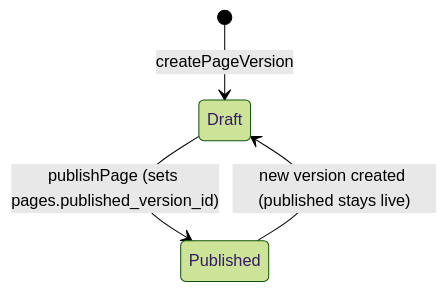
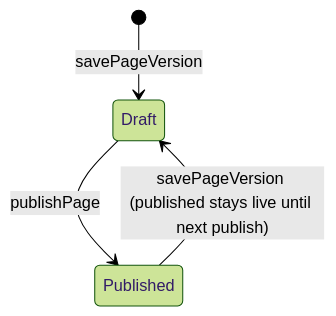
The first of 5 diagrams in docs/planning/coolskool/06-workflows-and-contracts.md (safdarjung/DEvin_Cloud_Repo), drawn with Mermaid (forest theme) before and after one commit. The commit also changed other lines of this file and 19 other files, not shown here.

````diff
--- a/docs/planning/coolskool/06-workflows-and-contracts.md
+++ b/docs/planning/coolskool/06-workflows-and-contracts.md
@@ -46,6 +61,6 @@
 ```mermaid
 stateDiagram-v2
-  [*] --> Draft: createPageVersion
-  Draft --> Published: publishPage (sets pages.published_version_id)
-  Published --> Draft: new version created (published stays live)
+  [*] --> Draft: savePageVersion
+  Draft --> Published: publishPage
+  Published --> Draft: savePageVersion (published stays live until next publish)
 ```
````
